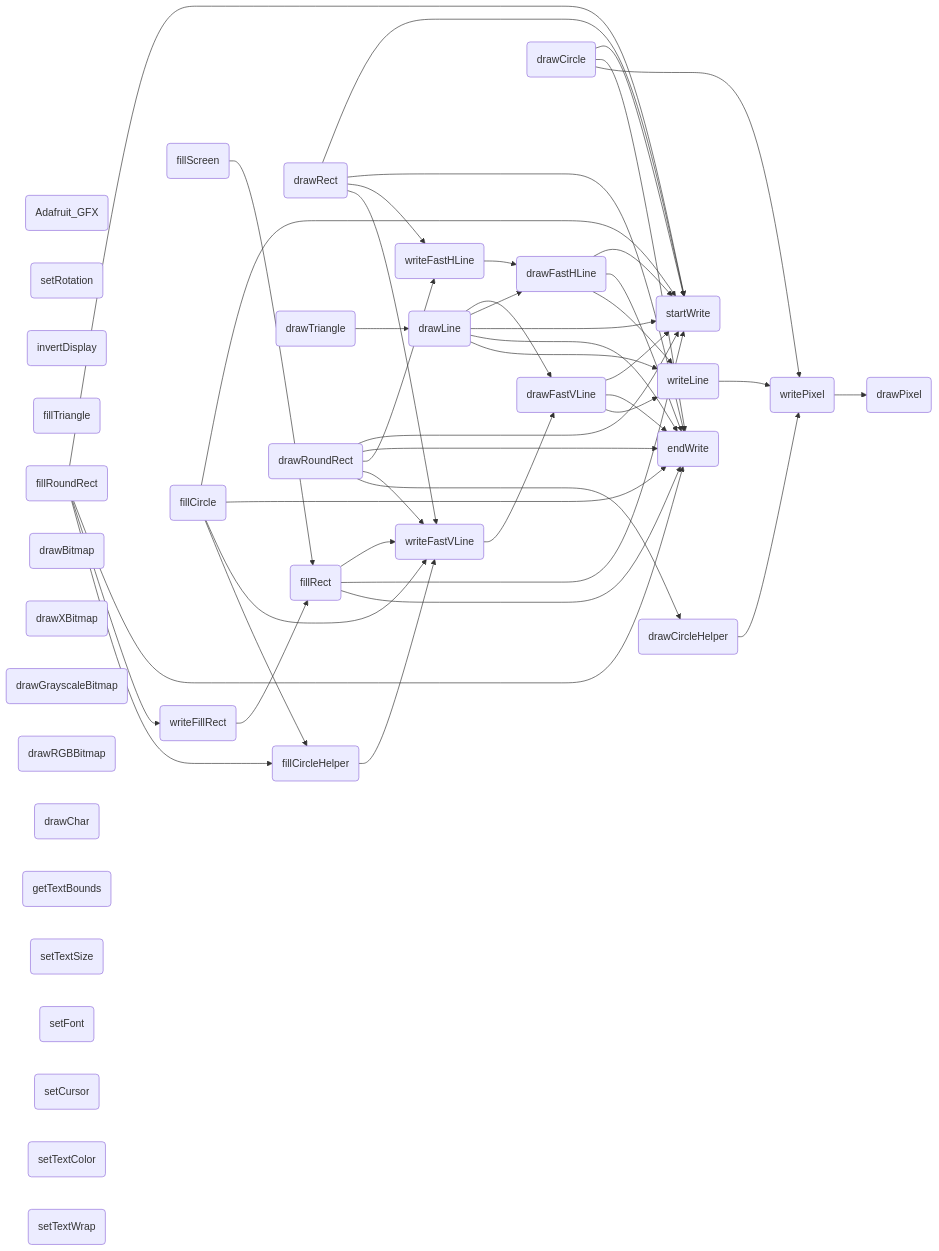
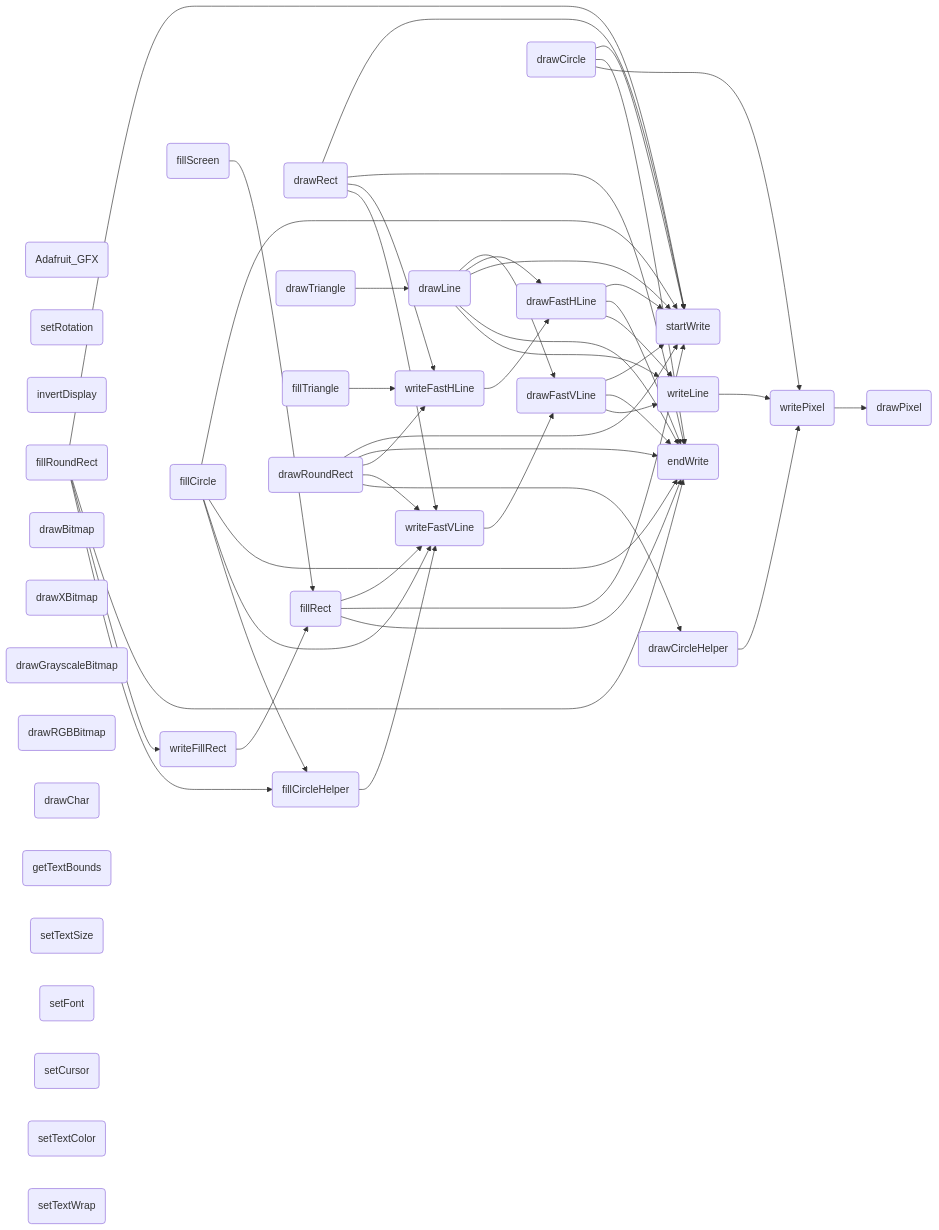
The diagram in all/未命名.md (icodezhanglei/iodraw-files), drawn with Mermaid before and after one commit.

Commit message:
2024-09-13 18:36:26 update

````diff
--- a/all/未命名.md
+++ b/all/未命名.md
@@ -1,64 +1,64 @@
 ```mermaid
 flowchart LR
 Adafruit_GF(Adafruit_GFX)
 drawPixel(drawPixel)
 startWrite(startWrite)
 endWrite(endWrite)
 writePixel(writePixel)
 writeFillRect(writeFillRect)
 writeFastVLine(writeFastVLine)
 writeFastHLine(writeFastHLine)
 writeLine(writeLine)
 setRotation(setRotation)
 invertDisplay(invertDisplay)
 drawFastVLine(drawFastVLine)
 drawFastHLine(drawFastHLine)
 fillRect(fillRect)
 fillScreen(fillScreen)
 drawLine(drawLine)
 drawRect(drawRect)
 drawCircle(drawCircle)
 drawCircleHelper(drawCircleHelper)
 fillCircle(fillCircle)
 fillCircleHelper(fillCircleHelper)
 drawTriangle(drawTriangle)
 fillTriangle(fillTriangle)
 drawRoundRect(drawRoundRect)
 fillRoundRect(fillRoundRect)
 drawBitmap(drawBitmap)
 drawXBitmap(drawXBitmap)
 drawGrayscaleBitmap(drawGrayscaleBitmap)
 drawRGBBitmap(drawRGBBitmap)
 drawChar(drawChar)
 getTextBounds(getTextBounds)
 setTextSize(setTextSize)
 setFont(setFont)
 setCursor(setCursor)
 setTextColor(setTextColor)
 setTextWrap(setTextWrap)
 
 writeLine --> writePixel --> drawPixel
 
 writeFastVLine --> drawFastVLine --> startWrite & endWrite
 drawFastVLine --> writeLine
 
 writeFastHLine --> drawFastHLine --> startWrite & endWrite
 drawFastHLine --> writeLine
 
 writeFillRect --> fillRect --> writeFastVLine & startWrite & endWrite
 
 fillScreen --> fillRect
 drawLine --> drawFastVLine & drawFastHLine & startWrite & endWrite & writeLine
 drawCircle --> startWrite & endWrite & writePixel
 drawCircleHelper --> writePixel
 fillCircle --> startWrite & endWrite & writeFastVLine & fillCircleHelper
 fillCircleHelper --> writeFastVLine
 drawRect --> startWrite & endWrite & writeFastHLine & writeFastVLine
 drawRoundRect --> startWrite & endWrite & writeFastHLine & writeFastVLine & drawCircleHelper
 fillRoundRect --> startWrite & endWrite & writeFillRect & fillCircleHelper
 drawTriangle --> drawLine
-fillTriangle
+fillTriangle --> writeFastHLine
 
 
 
 ```
````
